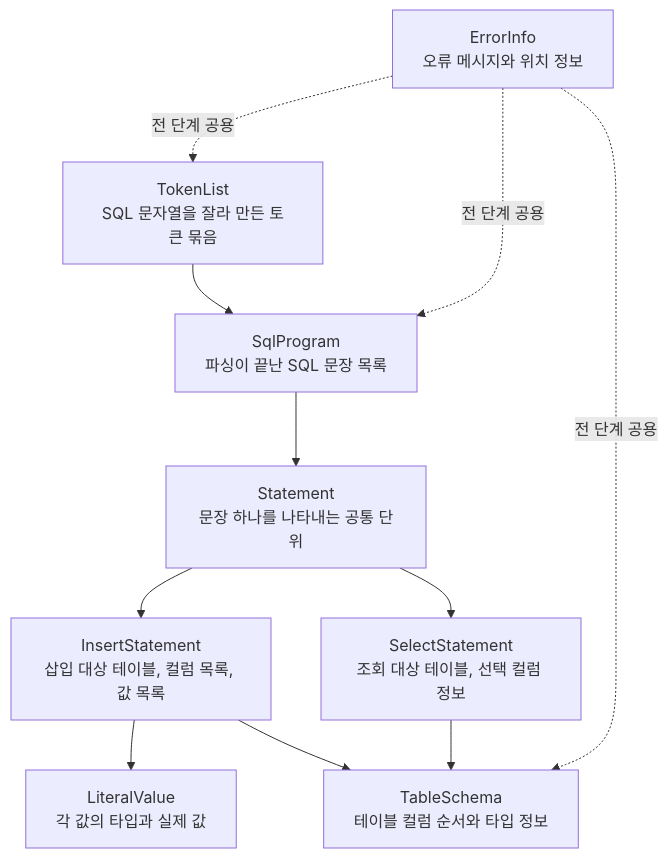
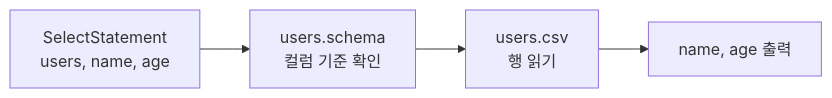
The seventh of 13 diagrams in README.md (Jungle-12-303/week6-team5-sql), drawn with Mermaid before and after one commit. The commit also changed other lines of this file, not shown here.

````diff
--- a/README.md
+++ b/README.md
@@ -46,13 +176,6 @@
 ```mermaid
-flowchart TD
-    A["TokenList<br/>SQL 문자열을 잘라 만든 토큰 묶음"] --> B["SqlProgram<br/>파싱이 끝난 SQL 문장 목록"]
-    B --> C["Statement<br/>문장 하나를 나타내는 공통 단위"]
-    C --> D["InsertStatement<br/>삽입 대상 테이블, 컬럼 목록, 값 목록"]
-    C --> E["SelectStatement<br/>조회 대상 테이블, 선택 컬럼 정보"]
-    D --> F["LiteralValue<br/>각 값의 타입과 실제 값"]
-    D --> G["TableSchema<br/>테이블 컬럼 순서와 타입 정보"]
-    E --> G
-    H["ErrorInfo<br/>오류 메시지와 위치 정보"] -. "전 단계 공용" .-> A
-    H -. "전 단계 공용" .-> B
-    H -. "전 단계 공용" .-> G
+flowchart LR
+    A["SelectStatement<br/>users, name, age"] --> B["users.schema<br/>컬럼 기준 확인"]
+    B --> C["users.csv<br/>행 읽기"]
+    C --> D["name, age 출력"]
 ```
````
